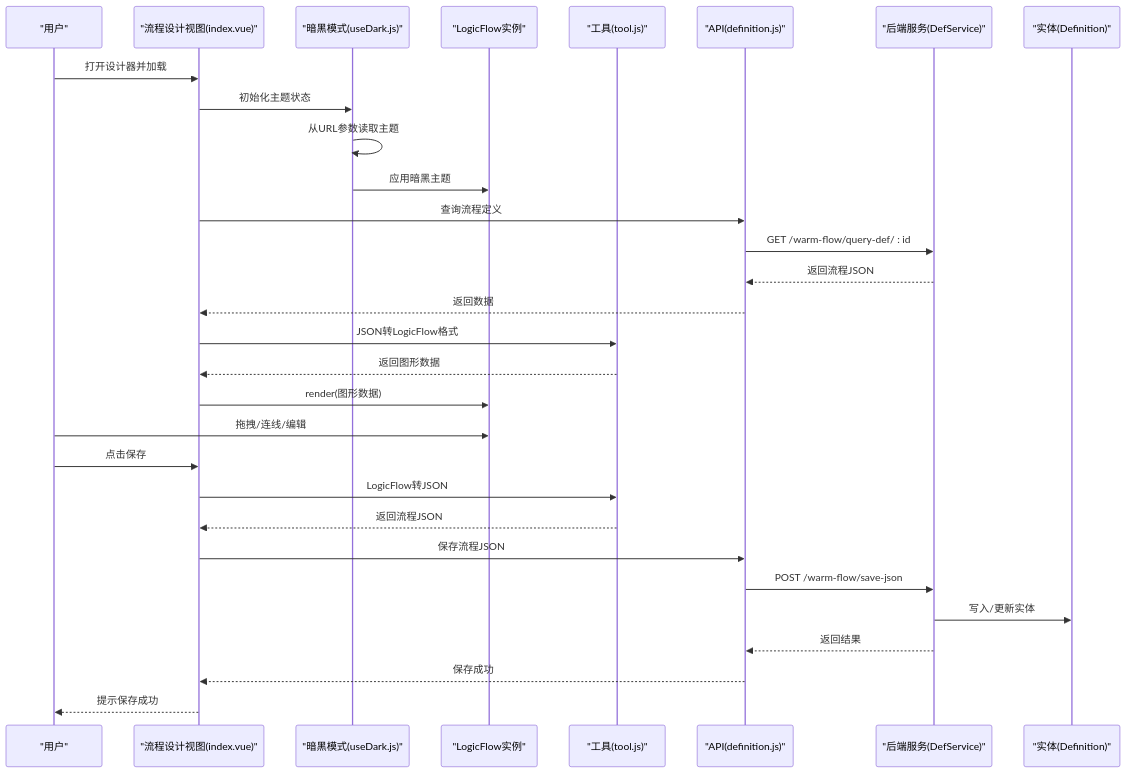
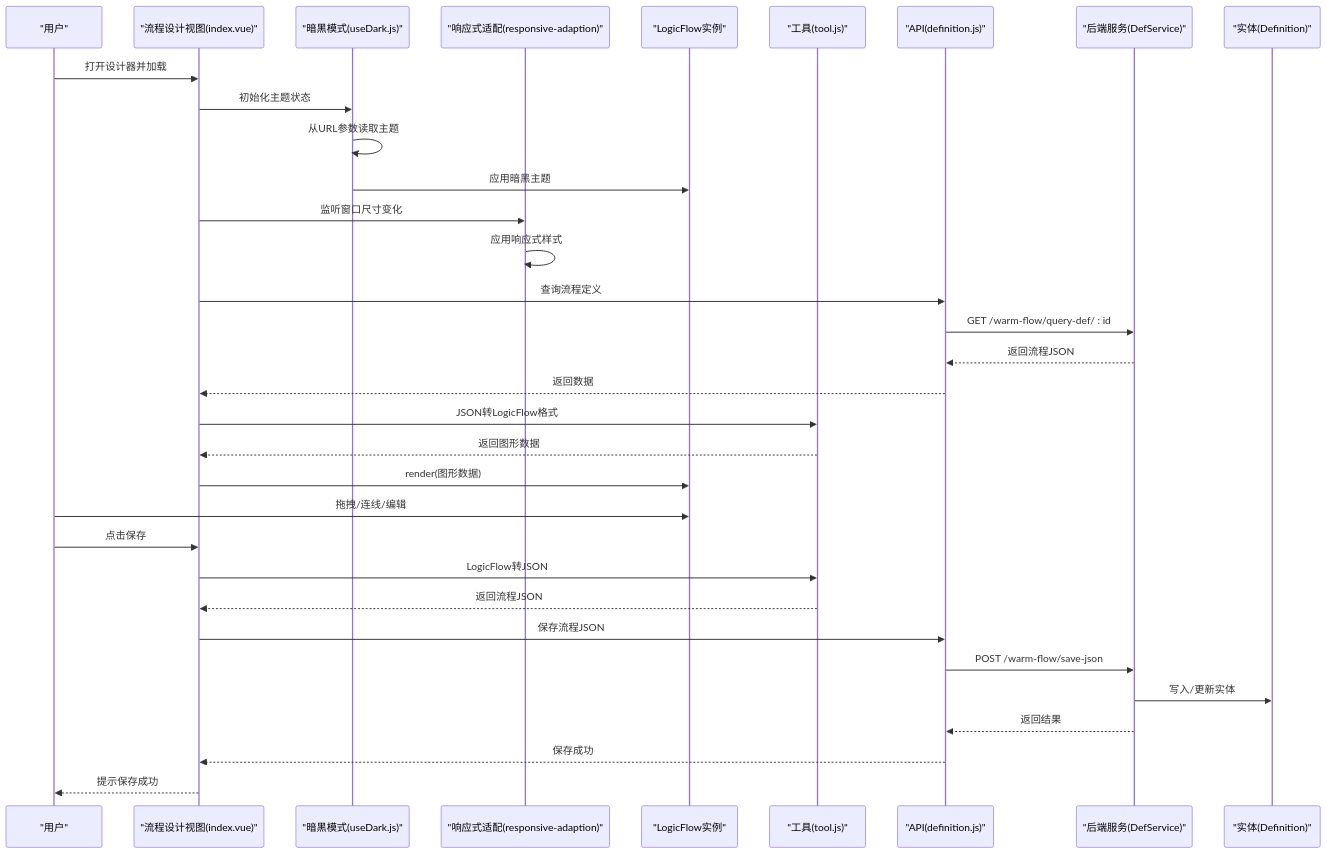
Before and after one commit to dromara/warm-flow: the second of 9 diagrams in .qoder/repowiki/zh/content/可视化设计器/可视化设计器.md, drawn with Mermaid. The commit also changed other lines of this file and 18 other files, not shown here.

````diff
--- a/.qoder/repowiki/zh/content/可视化设计器/可视化设计器.md
+++ b/.qoder/repowiki/zh/content/可视化设计器/可视化设计器.md
@@ -127,32 +157,35 @@
 ```mermaid
 sequenceDiagram
 participant U as "用户"
 participant V as "流程设计视图(index.vue)"
 participant D as "暗黑模式(useDark.js)"
+participant R as "响应式适配(responsive-adaption)"
 participant L as "LogicFlow实例"
 participant T as "工具(tool.js)"
 participant A as "API(definition.js)"
 participant S as "后端服务(DefService)"
 participant E as "实体(Definition)"
 U->>V : 打开设计器并加载
 V->>D : 初始化主题状态
 D->>D : 从URL参数读取主题
 D->>L : 应用暗黑主题
+V->>R : 监听窗口尺寸变化
+R->>R : 应用响应式样式
 V->>A : 查询流程定义
 A->>S : GET /warm-flow/query-def/ : id
 S-->>A : 返回流程JSON
 A-->>V : 返回数据
 V->>T : JSON转LogicFlow格式
 T-->>V : 返回图形数据
 V->>L : render(图形数据)
 U->>L : 拖拽/连线/编辑
 U->>V : 点击保存
 V->>T : LogicFlow转JSON
 T-->>V : 返回流程JSON
 V->>A : 保存流程JSON
 A->>S : POST /warm-flow/save-json
 S->>E : 写入/更新实体
 S-->>A : 返回结果
 A-->>V : 保存成功
 V-->>U : 提示保存成功
 ```
````
